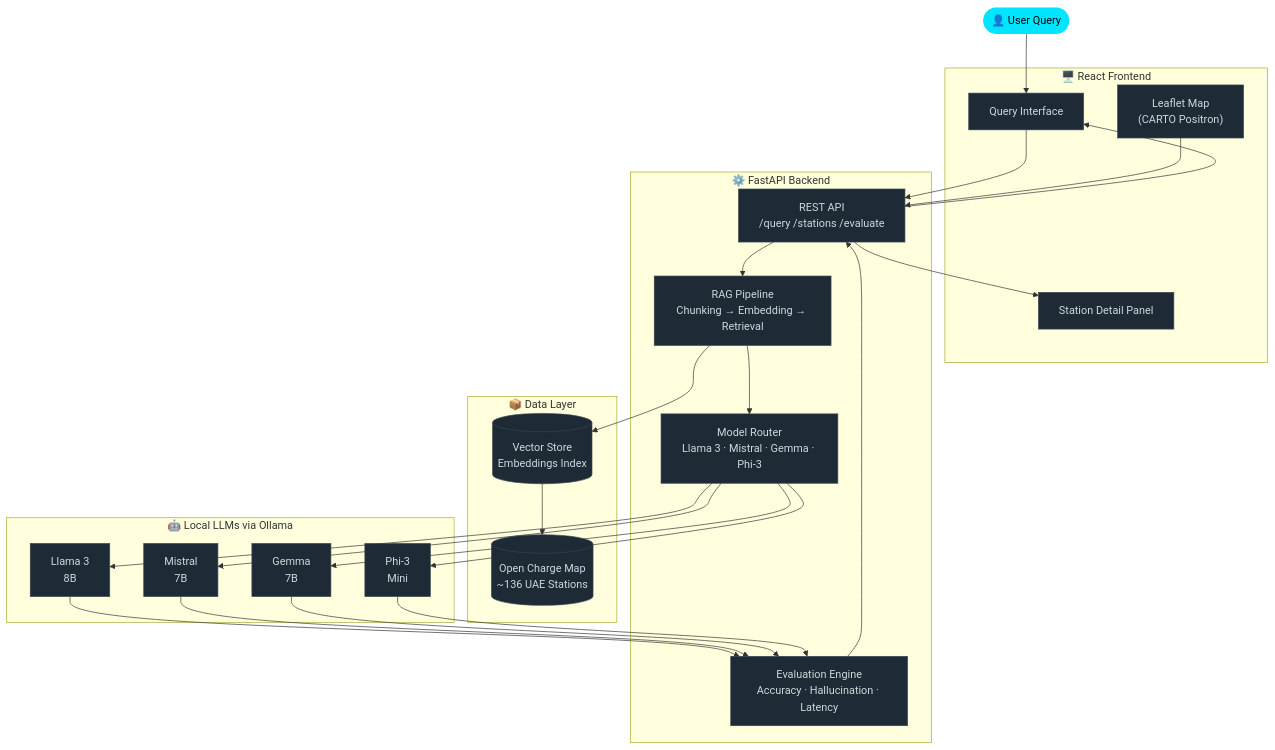
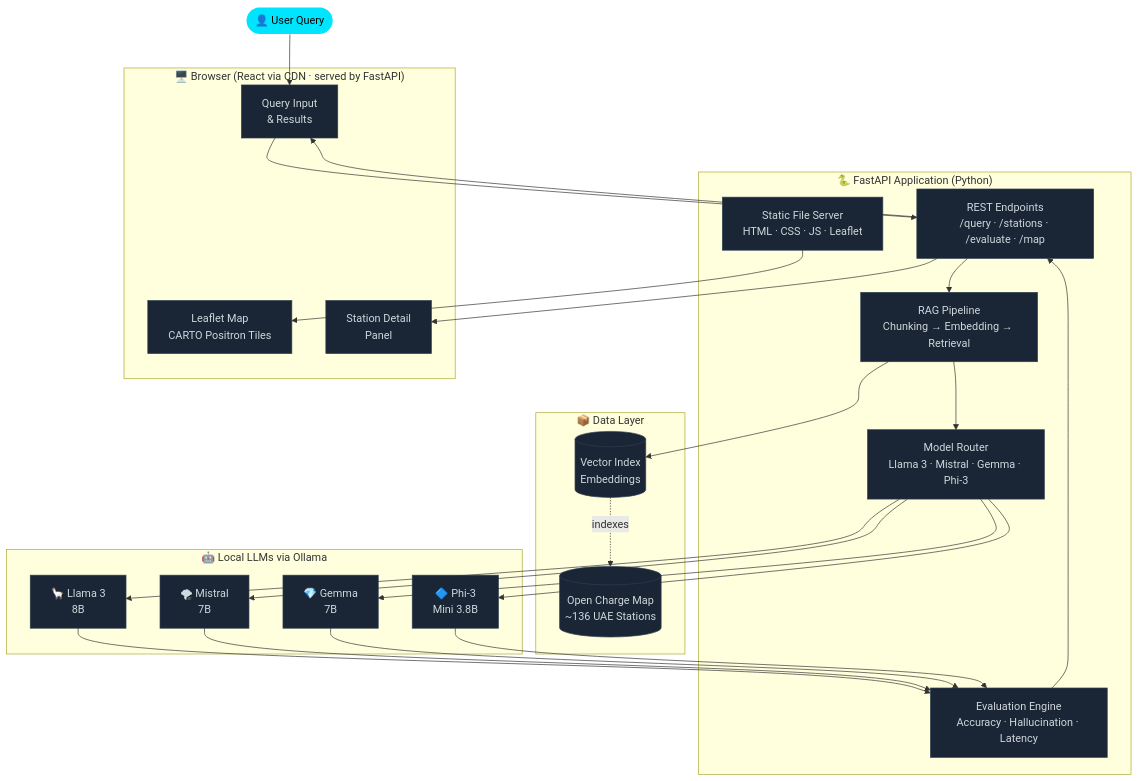
Before and after one commit to Abaan-Ahmed/uae-ev-llm: the diagram in README.md, drawn with Mermaid. The commit also changed other lines of this file, not shown here.

````diff
--- a/README.md
+++ b/README.md
@@ -103,44 +102,45 @@
 ```mermaid
 flowchart TD
     User(["👤 User Query"]):::user
 
-    subgraph Frontend ["🖥️  React Frontend"]
-        UI["Query Interface"]
-        Map["Leaflet Map\n(CARTO Positron)"]
-        Panel["Station Detail Panel"]
-    end
-
-    subgraph Backend ["⚙️  FastAPI Backend"]
-        API["REST API\n/query  /stations  /evaluate"]
+    subgraph App ["🐍  FastAPI Application (Python)"]
+        API["REST Endpoints\n/query · /stations · /evaluate · /map"]
         RAG["RAG Pipeline\nChunking → Embedding → Retrieval"]
-        ModelRouter["Model Router\nLlama 3 · Mistral · Gemma · Phi-3"]
+        Router["Model Router\nLlama 3 · Mistral · Gemma · Phi-3"]
         Eval["Evaluation Engine\nAccuracy · Hallucination · Latency"]
+        Static["Static File Server\nHTML · CSS · JS · Leaflet"]
     end
 
     subgraph DataLayer ["📦  Data Layer"]
         OCM[("Open Charge Map\n~136 UAE Stations")]
-        VecStore[("Vector Store\nEmbeddings Index")]
+        VecStore[("Vector Index\nEmbeddings")]
     end
 
     subgraph LLMs ["🤖  Local LLMs via Ollama"]
-        Llama["Llama 3\n8B"]
-        Mistral["Mistral\n7B"]
-        Gemma["Gemma\n7B"]
-        Phi3["Phi-3\nMini"]
+        Llama["🦙 Llama 3\n8B"]
+        Mistral["🌪 Mistral\n7B"]
+        Gemma["💎 Gemma\n7B"]
+        Phi3["🔷 Phi-3\nMini 3.8B"]
     end
 
-    User --> UI
-    UI --> API
-    Map --> API
+    subgraph UI ["🖥️  Browser (React via CDN · served by FastAPI)"]
+        Map["Leaflet Map\nCARTO Positron Tiles"]
+        Panel["Station Detail\nPanel"]
+        QueryBox["Query Input\n& Results"]
+    end
+
+    User --> QueryBox
+    QueryBox --> API
     API --> RAG
     RAG --> VecStore
-    VecStore --> OCM
-    RAG --> ModelRouter
-    ModelRouter --> Llama & Mistral & Gemma & Phi3
+    VecStore -.->|"indexes"| OCM
+    RAG --> Router
+    Router --> Llama & Mistral & Gemma & Phi3
     Llama & Mistral & Gemma & Phi3 --> Eval
     Eval --> API
-    API --> UI & Panel
+    API --> QueryBox & Panel
+    Static --> Map
 
     classDef user fill:#00e5ff,color:#000,stroke:none
-    classDef default fill:#1e2a35,color:#cfd8dc,stroke:#37474f
+    classDef default fill:#1a2535,color:#cfd8dc,stroke:#2e3f50,stroke-width:1px
 ```
````
